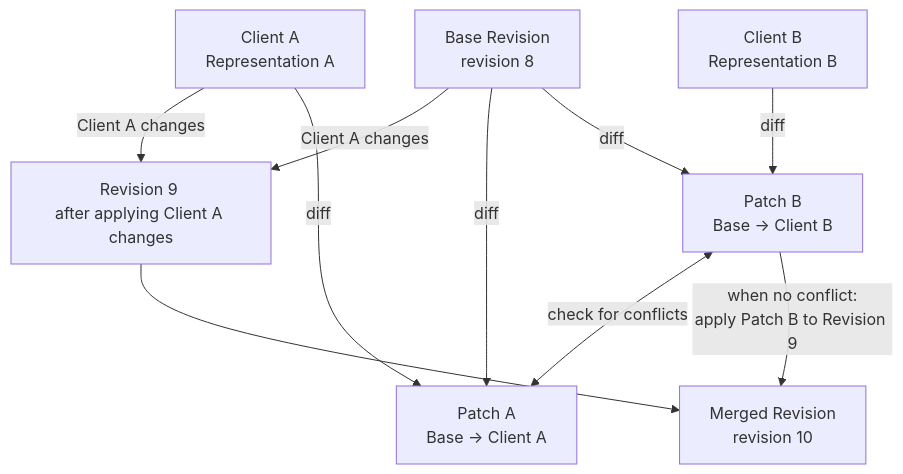
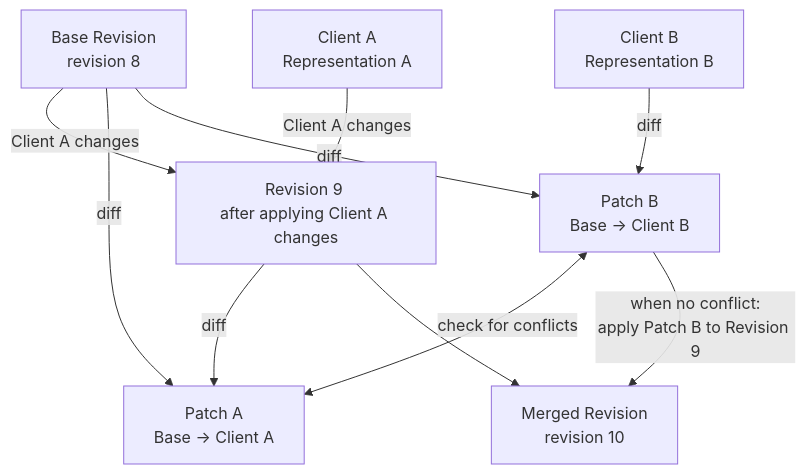
The second of 2 diagrams in architecture/05-stale-reads.md (DKE-Data/masterdata-sync-working-group), drawn with Mermaid before and after one commit.

Commit message:
adjust diagram for conflict resolution
the patch is calculated from current revision,
not from representation (though they will
be the same in presented case)

````diff
--- a/architecture/05-stale-reads.md
+++ b/architecture/05-stale-reads.md
@@ -86,21 +86,21 @@
 ```mermaid
 flowchart TB
     BaseRevision["Base Revision<br/>revision 8"]
     ClientASentRepresentation["Client A<br/>Representation A"]
     ClientBSentRepresentation["Client B<br/>Representation B"]
     Revision9["Revision 9 <br/>after applying Client A changes"]
     PatchA["Patch A<br/>Base -> Client A"]
     PatchB["Patch B<br/>Base -> Client B"]
     MergedRevision["Merged Revision<br/>revision 10"]
     BaseRevision -->|"Client A changes"| Revision9
     ClientASentRepresentation -->|"Client A changes"| Revision9
-    ClientASentRepresentation -->|"diff"| PatchA
+    Revision9 -->|"diff"| PatchA
     BaseRevision -->|"diff"| PatchA
     ClientBSentRepresentation -->|"diff"| PatchB
     BaseRevision -->|"diff"| PatchB
     PatchB <-->|"check for conflicts"| PatchA
     Revision9 --> MergedRevision
     PatchB -->|"when no conflict:<br/>apply Patch B to Revision 9"| MergedRevision
     %% ceasg:{"id":"2fpch1lu"} %%
-    %% mermaid-flow:pos BaseRevision=576,-66 ClientASentRepresentation=209,-4 ClientBSentRepresentation=827,248 Revision9=416,113 PatchA=333,378 PatchB=637,375 MergedRevision=571,583
+    %% mermaid-flow:pos BaseRevision=583,-32 ClientASentRepresentation=302,-6 ClientBSentRepresentation=827,248 Revision9=367,113 PatchA=333,378 PatchB=637,375 MergedRevision=571,583
 ```
````
